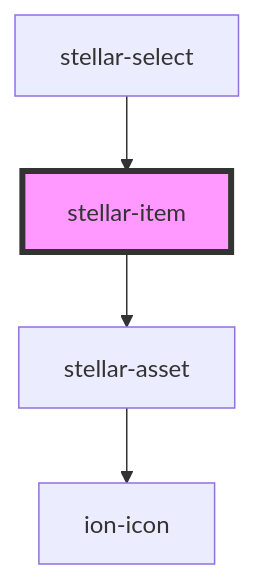
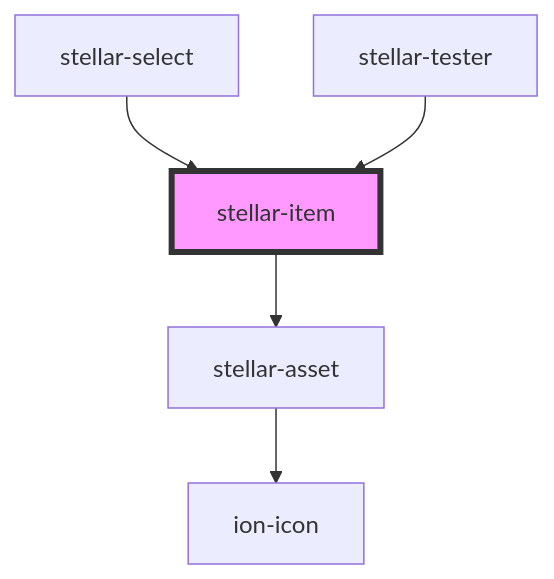
The diagram in src/components/forms/item/readme.md (splitinfinities/Stellar), drawn with Mermaid before and after one commit. The commit also changed other lines of this file and 30 other files, not shown here.

````diff
--- a/src/components/forms/item/readme.md
+++ b/src/components/forms/item/readme.md
@@ -96,7 +97,8 @@
 ```mermaid
 graph TD;
   stellar-item --> stellar-asset
   stellar-asset --> ion-icon
   stellar-select --> stellar-item
+  stellar-tester --> stellar-item
   style stellar-item fill:#f9f,stroke:#333,stroke-width:4px
 ```
````
